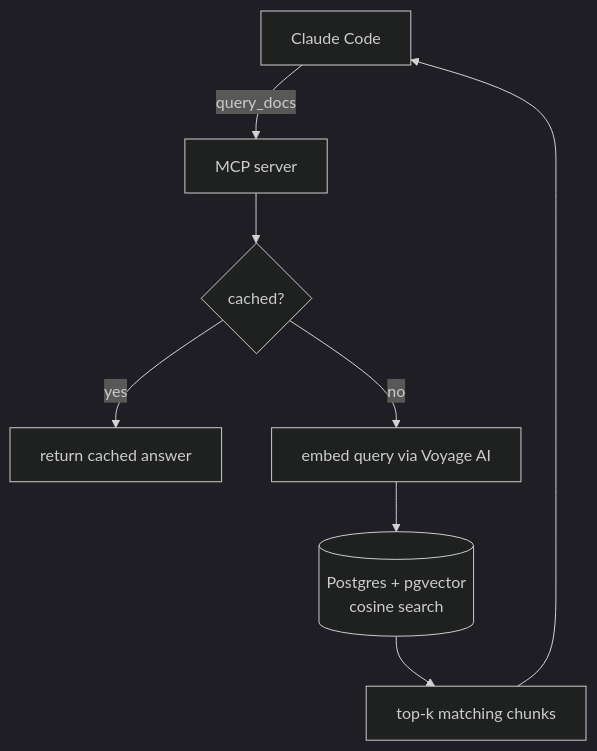
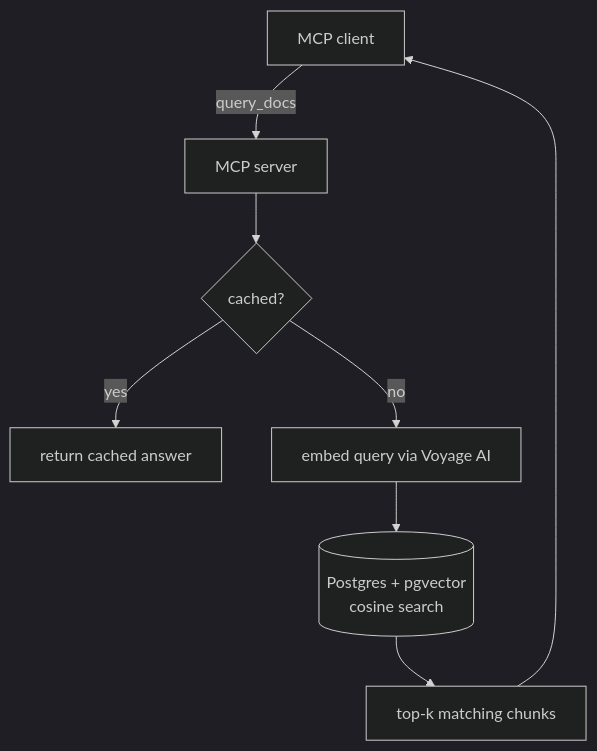
The second of 2 diagrams in README.md (theniitettey/doc-rag-mcp), drawn with Mermaid (dark theme) before and after one commit. The commit also changed other lines of this file, not shown here.

Commit message:
Generalize docs for any MCP client, add dedicated Claude Code section

````diff
--- a/README.md
+++ b/README.md
@@ -32,10 +35,10 @@
 ```mermaid
 flowchart TD
-    A[Claude Code] -- query_docs --> B[MCP server]
+    A[MCP client] -- query_docs --> B[MCP server]
     B --> C{cached?}
     C -- yes --> G[return cached answer]
     C -- no --> D[embed query via Voyage AI]
     D --> E[(Postgres + pgvector<br/>cosine search)]
     E --> F[top-k matching chunks]
     F --> A
 ```
````
